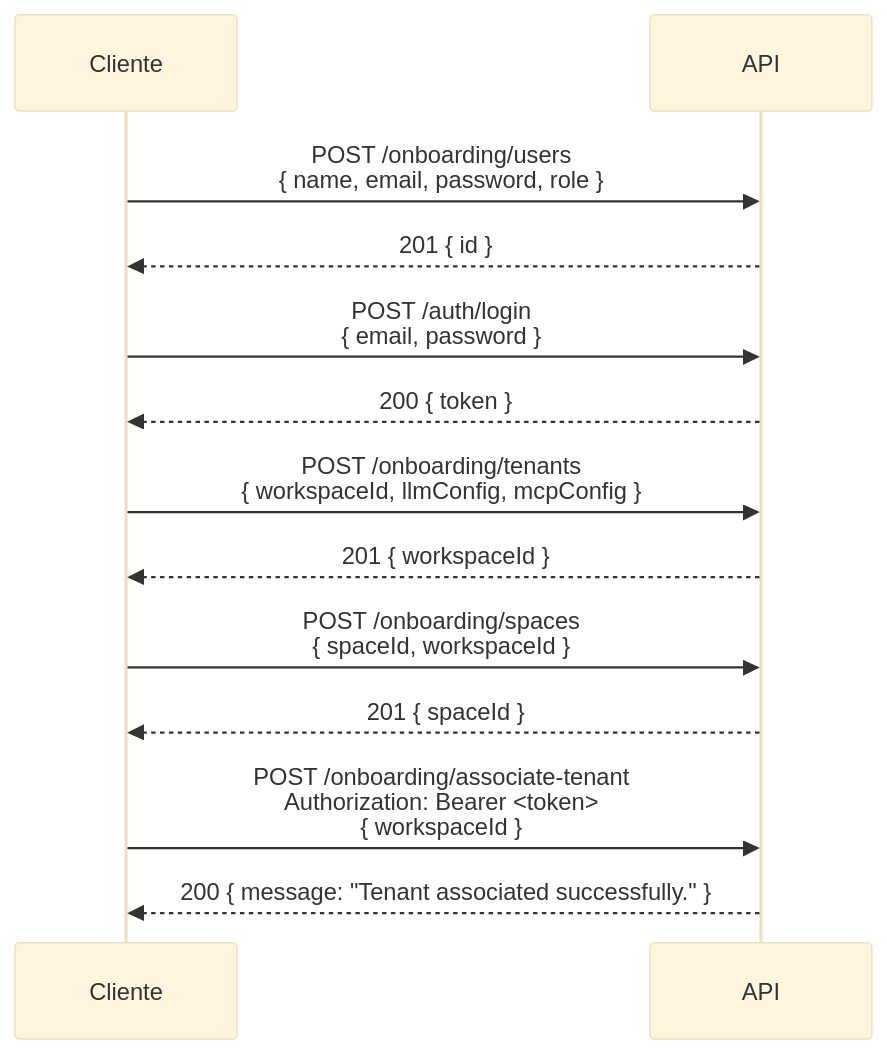
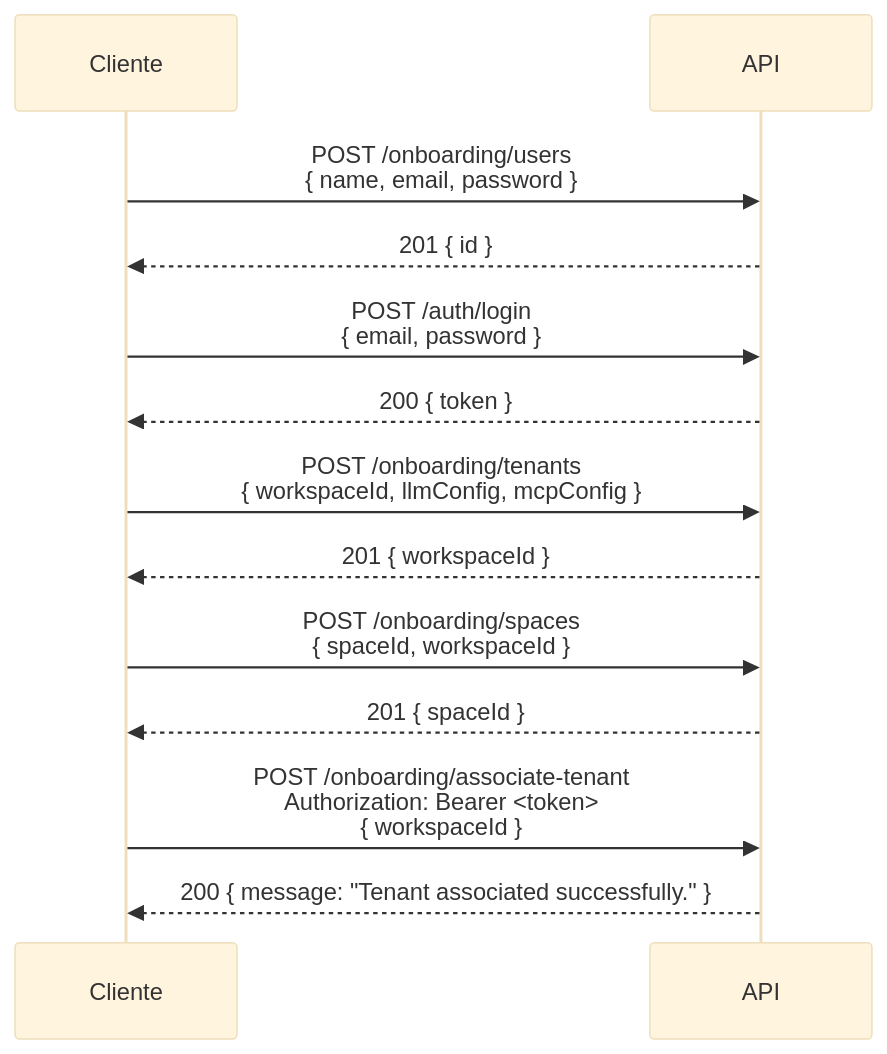
Before and after one commit to luisfelix-93/support-agent: the first of 2 diagrams in README.md, drawn with Mermaid (base theme). The commit also changed other lines of this file, not shown here.

````diff
--- a/README.md
+++ b/README.md
@@ -304,20 +303,20 @@
 ```mermaid
 sequenceDiagram
     participant Cliente
     participant API
 
-    Cliente->>API: POST /onboarding/users<br/>{ name, email, password, role }
+    Cliente->>API: POST /onboarding/users<br/>{ name, email, password }
     API-->>Cliente: 201 { id }
 
     Cliente->>API: POST /auth/login<br/>{ email, password }
     API-->>Cliente: 200 { token }
 
     Cliente->>API: POST /onboarding/tenants<br/>{ workspaceId, llmConfig, mcpConfig }
     API-->>Cliente: 201 { workspaceId }
 
     Cliente->>API: POST /onboarding/spaces<br/>{ spaceId, workspaceId }
     API-->>Cliente: 201 { spaceId }
 
     Cliente->>API: POST /onboarding/associate-tenant<br/>Authorization: Bearer <token><br/>{ workspaceId }
     API-->>Cliente: 200 { message: "Tenant associated successfully." }
 ```
````
